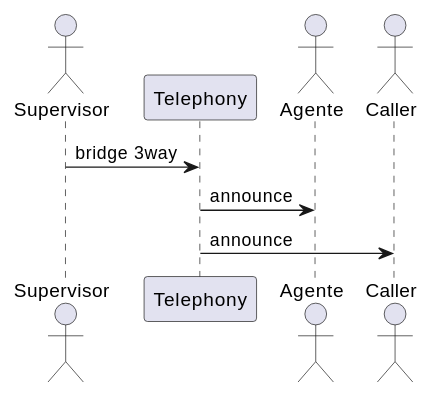
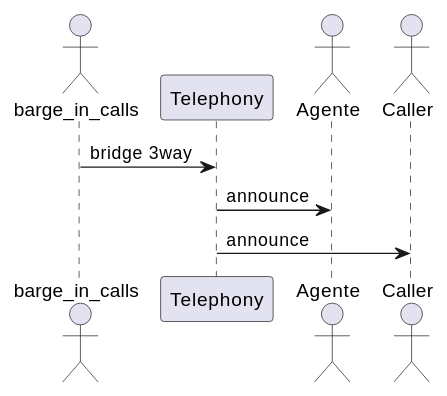
Before and after one commit to jcg-admin/IACT-docs: the fourth of 4 diagrams in source/requisitos/casos-uso/supervision/uc-sup-02/diagramas-uml.rst, drawn with PlantUML. The commit also changed other lines of this file and 77 other files, not shown here.

First line of the commit message:
Enforce RBAC function names as actors in all UML diagrams

```diff
--- a/source/requisitos/casos-uso/supervision/uc-sup-02/diagramas-uml.rst
+++ b/source/requisitos/casos-uso/supervision/uc-sup-02/diagramas-uml.rst
@@ -54,11 +54,11 @@
 .. uml::
 
  @startuml
- actor "Supervisor" as S
+ actor "barge_in_calls" as S
  participant "Telephony" as T
  actor "Agente" as A
  actor "Caller" as C
  S -> T: bridge 3way
  T -> A: announce
  T -> C: announce
  @enduml
```
